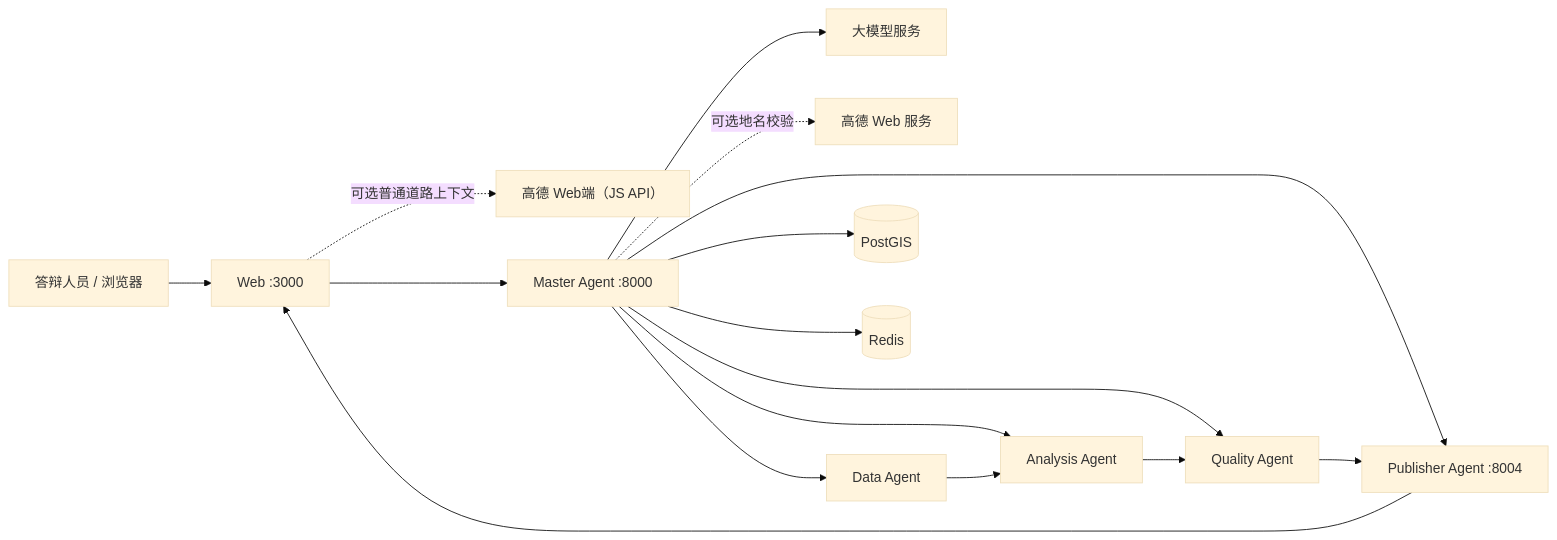
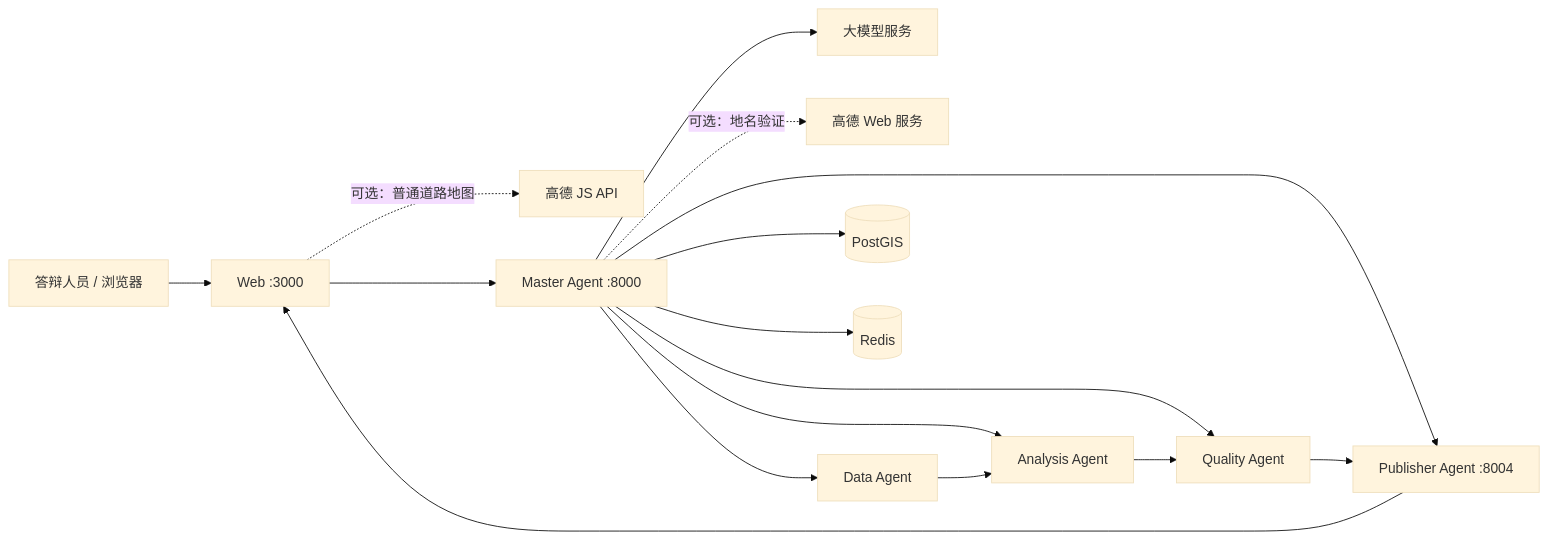
The diagram in README.md (FoxSeventeen/hennongxi-multi-agent-gis), drawn with Mermaid (base theme) before and after one commit. The commit also changed other lines of this file and 3 other files, not shown here.

````diff
--- a/README.md
+++ b/README.md
@@ -22,16 +22,16 @@
 ```mermaid
 flowchart LR
     U["答辩人员 / 浏览器"] --> W["Web :3000"]
-    W -. "可选普通道路上下文" .-> J["高德 Web端（JS API）"]
+    W -. "可选：普通道路地图" .-> J["高德 JS API"]
     W --> M["Master Agent :8000"]
     M --> L["大模型服务"]
-    M -. "可选地名校验" .-> A["高德 Web 服务"]
+    M -. "可选：地名验证" .-> A["高德 Web 服务"]
     M --> D["Data Agent"]
     M --> N["Analysis Agent"]
     M --> Q["Quality Agent"]
     M --> P["Publisher Agent :8004"]
     M --> G[("PostGIS")]
     M --> R[("Redis")]
     D --> N --> Q --> P
     P --> W
 ```
````
